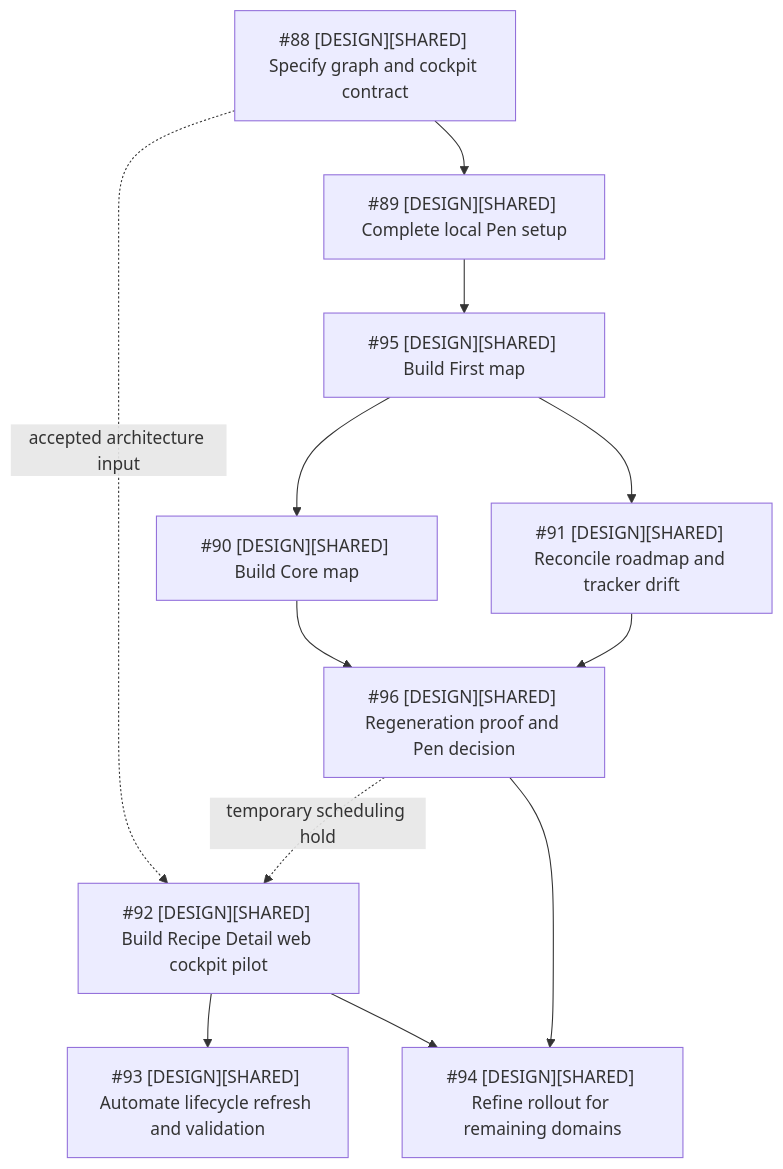
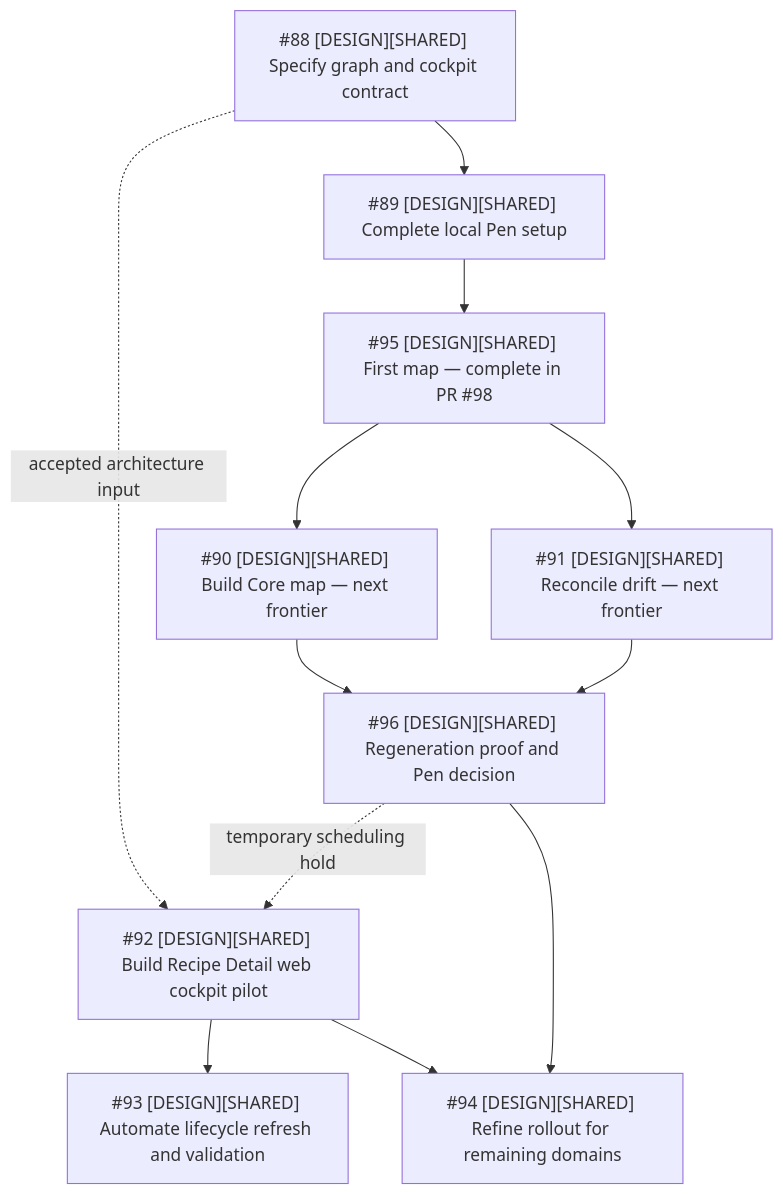
The diagram in design/shared/design-operations-cockpit-spec.md (starkovalera/recipe-manager), drawn with Mermaid before and after one commit. The commit also changed other lines of this file and 14 other files, not shown here.

First line of the commit message:
design: add Recipe Detail first Pen map (#98)

````diff
--- a/design/shared/design-operations-cockpit-spec.md
+++ b/design/shared/design-operations-cockpit-spec.md
@@ -353,25 +355,25 @@
 ```mermaid
 flowchart TD
   spec["#88 [DESIGN][SHARED] Specify graph and cockpit contract"]
   setup["#89 [DESIGN][SHARED] Complete local Pen setup"]
-  first["#95 [DESIGN][SHARED] Build First map"]
-  core["#90 [DESIGN][SHARED] Build Core map"]
-  maintenance["#91 [DESIGN][SHARED] Reconcile roadmap and tracker drift"]
+  first["#95 [DESIGN][SHARED] First map — complete in PR #98"]
+  core["#90 [DESIGN][SHARED] Build Core map — next frontier"]
+  maintenance["#91 [DESIGN][SHARED] Reconcile drift — next frontier"]
   decision["#96 [DESIGN][SHARED] Regeneration proof and Pen decision"]
   cockpit["#92 [DESIGN][SHARED] Build Recipe Detail web cockpit pilot"]
   automation["#93 [DESIGN][SHARED] Automate lifecycle refresh and validation"]
   refinement["#94 [DESIGN][SHARED] Refine rollout for remaining domains"]
 
   spec --> setup
   setup --> first
   first --> core
   first --> maintenance
   core --> decision
   maintenance --> decision
 
   spec -. accepted architecture input .-> cockpit
   decision -. temporary scheduling hold .-> cockpit
   cockpit --> automation
   cockpit --> refinement
   decision --> refinement
 ```
````
